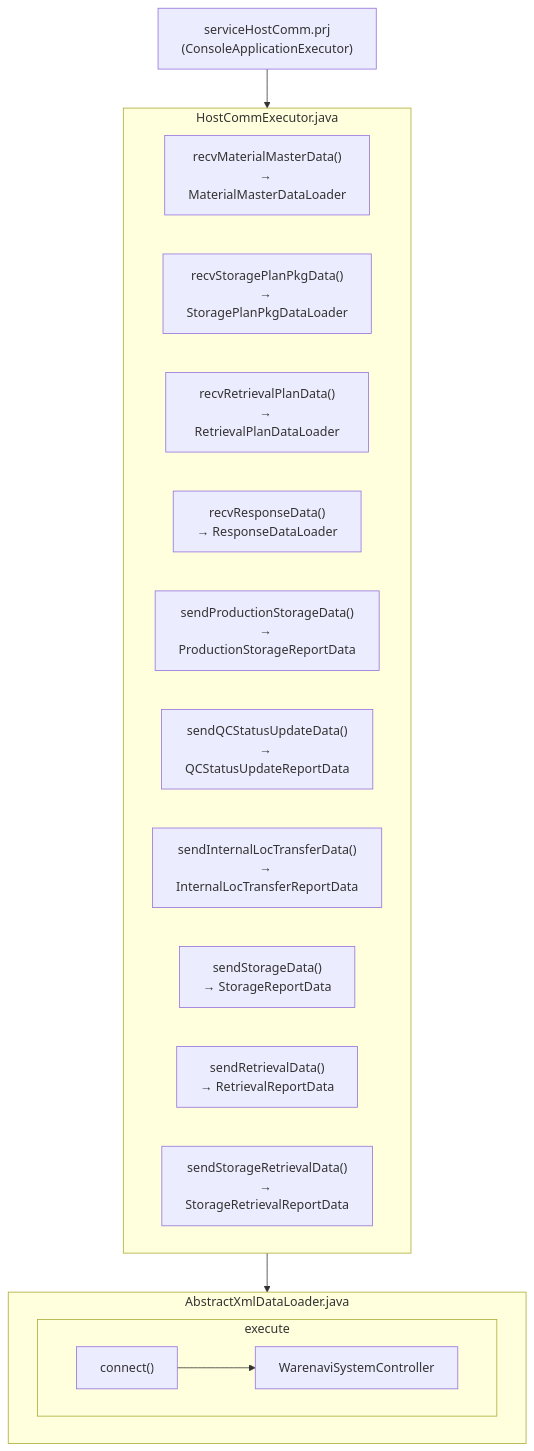
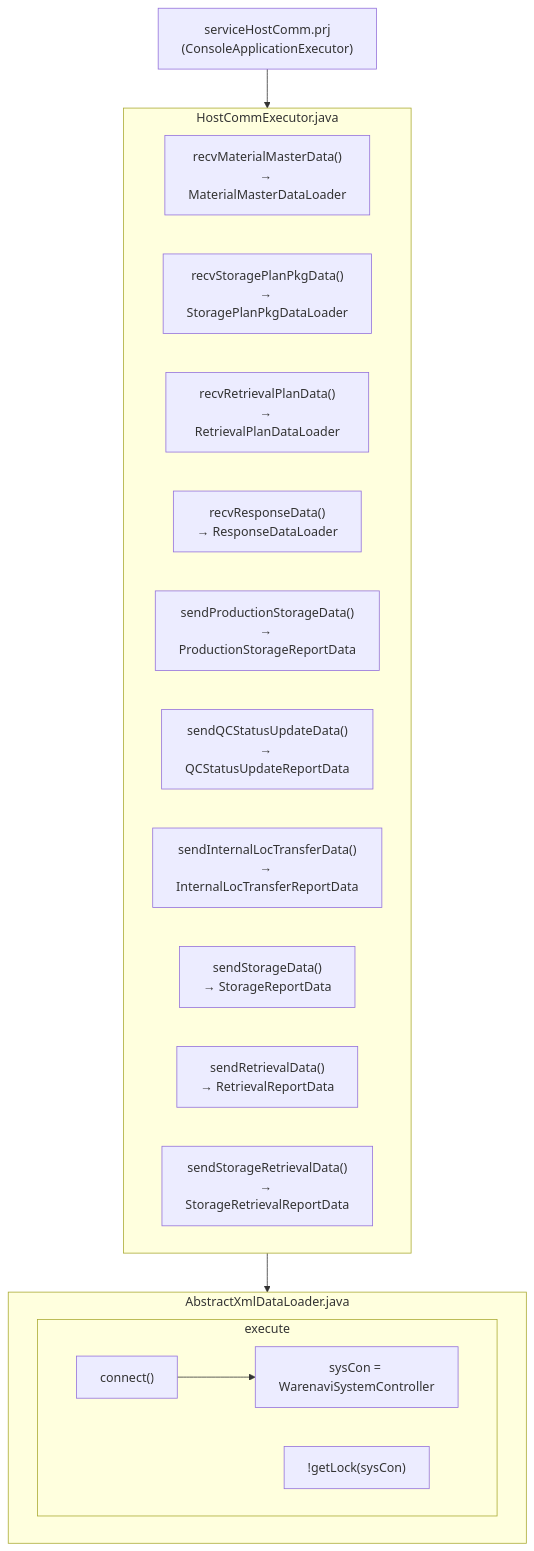
Before and after one commit to luthfiadityaa/SimeDarby-Wiki: the diagram in Basic-Design/Host-Interfaces.md, drawn with Mermaid.

Commit message:
Updated Host Interfaces

```diff
--- a/Basic-Design/Host-Interfaces.md
+++ b/Basic-Design/Host-Interfaces.md
@@ -30,32 +30,33 @@
 ::: mermaid
 flowchart TD
  C1["serviceHostComm.prj<br>(ConsoleApplicationExecutor)"]           
  C1 --> HostCommExecutor.java
  AbstractXmlDataLoader.java
  HostCommExecutor.java --> AbstractXmlDataLoader.java
 
 subgraph HostCommExecutor.java
  C2["recvMaterialMasterData()<br>→ MaterialMasterDataLoader"]
  C3["recvStoragePlanPkgData()<br>→ StoragePlanPkgDataLoader"]
  C4["recvRetrievalPlanData()<br>→ RetrievalPlanDataLoader"]
  C5["recvResponseData()<br>→ ResponseDataLoader"]
  C6["sendProductionStorageData()<br>→ ProductionStorageReportData"]
  C7["sendQCStatusUpdateData()<br>→ QCStatusUpdateReportData"]
  C8["sendInternalLocTransferData()<br>→ InternalLocTransferReportData"]
  C9["sendStorageData()<br>→ StorageReportData"]
  C10["sendRetrievalData()<br>→ RetrievalReportData"]
  C11["sendStorageRetrievalData()<br>→ StorageRetrievalReportData"]
 end
 
 subgraph AbstractXmlDataLoader.java
  execute        
 end
 
 subgraph execute
  C13["connect()"]
- C14["WarenaviSystemController"]
+ C14["sysCon = WarenaviSystemController"]
+ C15["!getLock(sysCon)"]
  
  C13 --> C14        
 end
 
 :::
```
